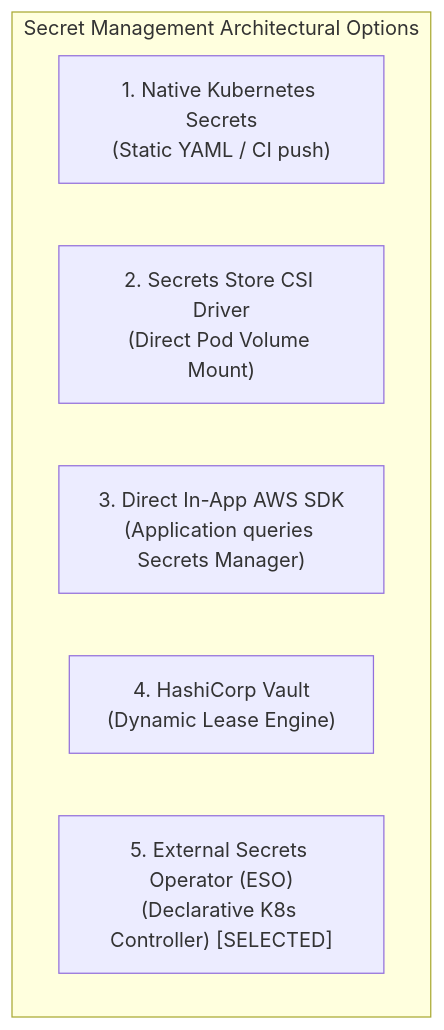
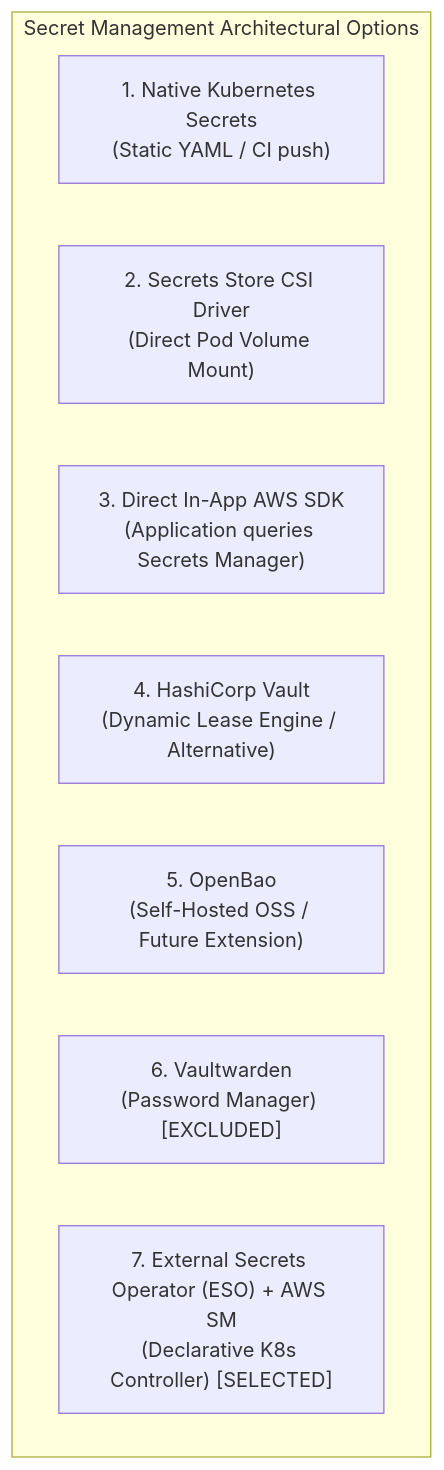
Before and after one commit to Vaibhav1Jadhav/production-eks-platform: the diagram in architecture/adr/ADR-006-external-secrets-adoption.md, drawn with Mermaid. The commit also changed other lines of this file and 9 other files, not shown here.

Commit message:
fix: finalize external secrets integration and validation

````diff
--- a/architecture/adr/ADR-006-external-secrets-adoption.md
+++ b/architecture/adr/ADR-006-external-secrets-adoption.md
@@ -123,10 +161,12 @@
 ```mermaid
 flowchart TD
     subgraph OPTIONS["Secret Management Architectural Options"]
         A["1. Native Kubernetes Secrets\n(Static YAML / CI push)"]
         B["2. Secrets Store CSI Driver\n(Direct Pod Volume Mount)"]
         C["3. Direct In-App AWS SDK\n(Application queries Secrets Manager)"]
-        D["4. HashiCorp Vault\n(Dynamic Lease Engine)"]
-        E["5. External Secrets Operator (ESO)\n(Declarative K8s Controller) [SELECTED]"]
+        D["4. HashiCorp Vault\n(Dynamic Lease Engine / Alternative)"]
+        E["5. OpenBao\n(Self-Hosted OSS / Future Extension)"]
+        F["6. Vaultwarden\n(Password Manager) [EXCLUDED]"]
+        G["7. External Secrets Operator (ESO) + AWS SM\n(Declarative K8s Controller) [SELECTED]"]
     end
 ```
````
